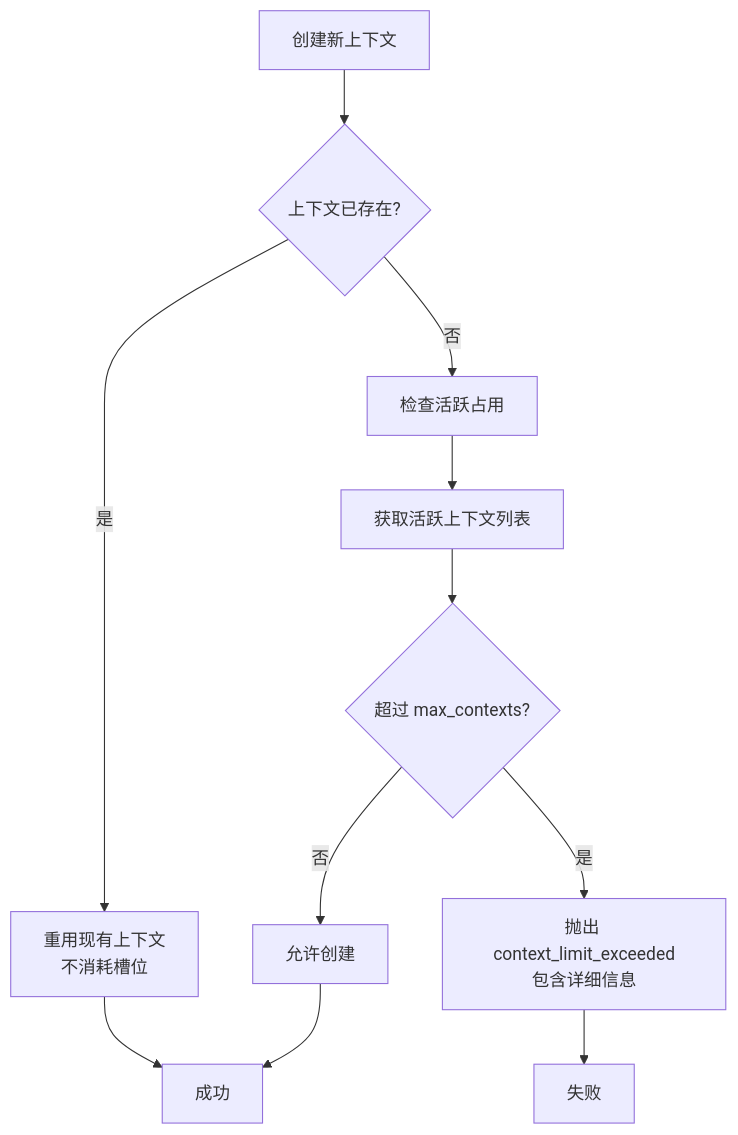
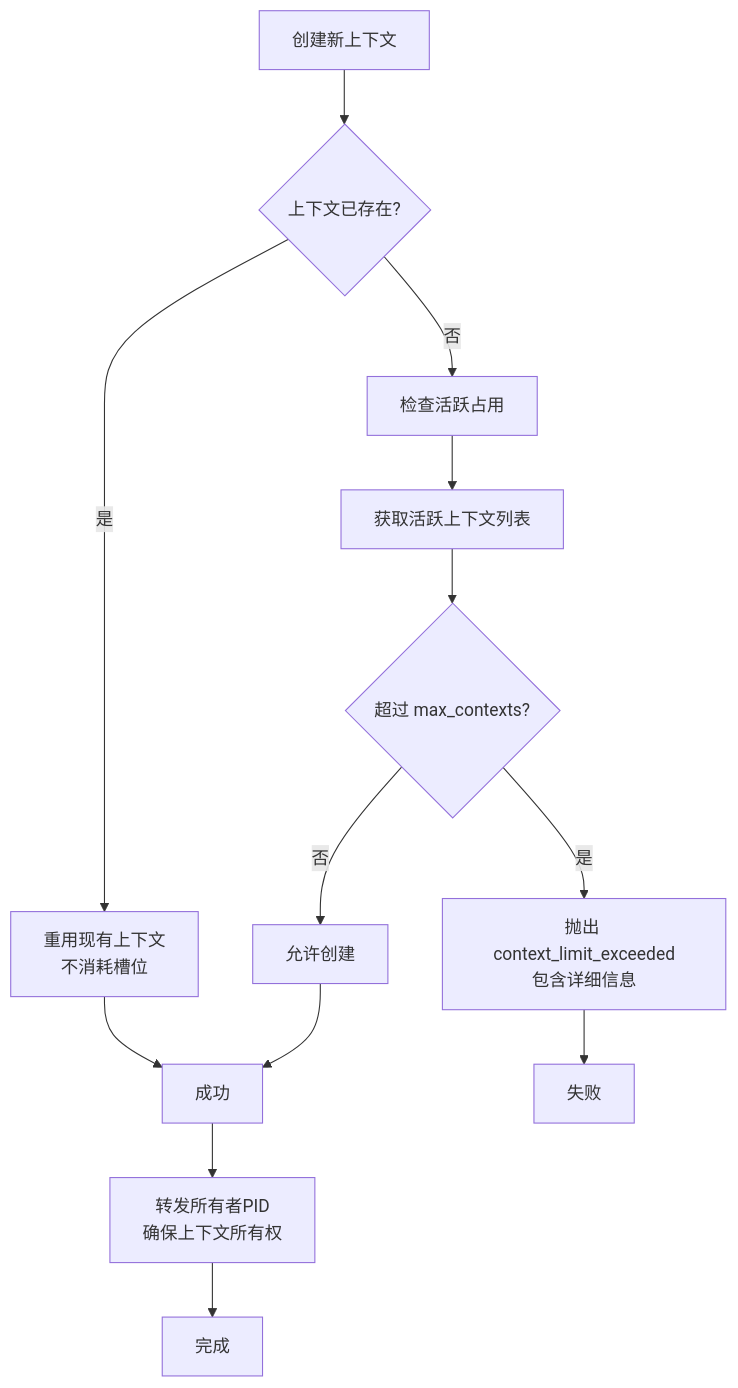
Before and after one commit to haolange/RDC-Tool: the tenth of 11 diagrams in .qoder/repowiki/zh/content/核心概念/会话模型.md, drawn with Mermaid. The commit also changed other lines of this file and 4 other files, not shown here.

````diff
--- a/.qoder/repowiki/zh/content/核心概念/会话模型.md
+++ b/.qoder/repowiki/zh/content/核心概念/会话模型.md
@@ -395,13 +404,15 @@
 ```mermaid
 flowchart TD
 CreateCtx["创建新上下文"] --> CheckExists{"上下文已存在?"}
 CheckExists --> |是| Reuse["重用现有上下文<br/>不消耗槽位"]
 CheckExists --> |否| CheckOccupancy["检查活跃占用"]
 CheckOccupancy --> GetOccupying["获取活跃上下文列表"]
 GetOccupying --> CheckLimit{"超过 max_contexts?"}
 CheckLimit --> |否| Allow["允许创建"]
 CheckLimit --> |是| Error["抛出 context_limit_exceeded<br/>包含详细信息"]
 Reuse --> Success["成功"]
 Allow --> Success
 Error --> Fail["失败"]
+Success --> OwnerForward["转发所有者PID<br/>确保上下文所有权"]
+OwnerForward --> Complete["完成"]
 ```
````
